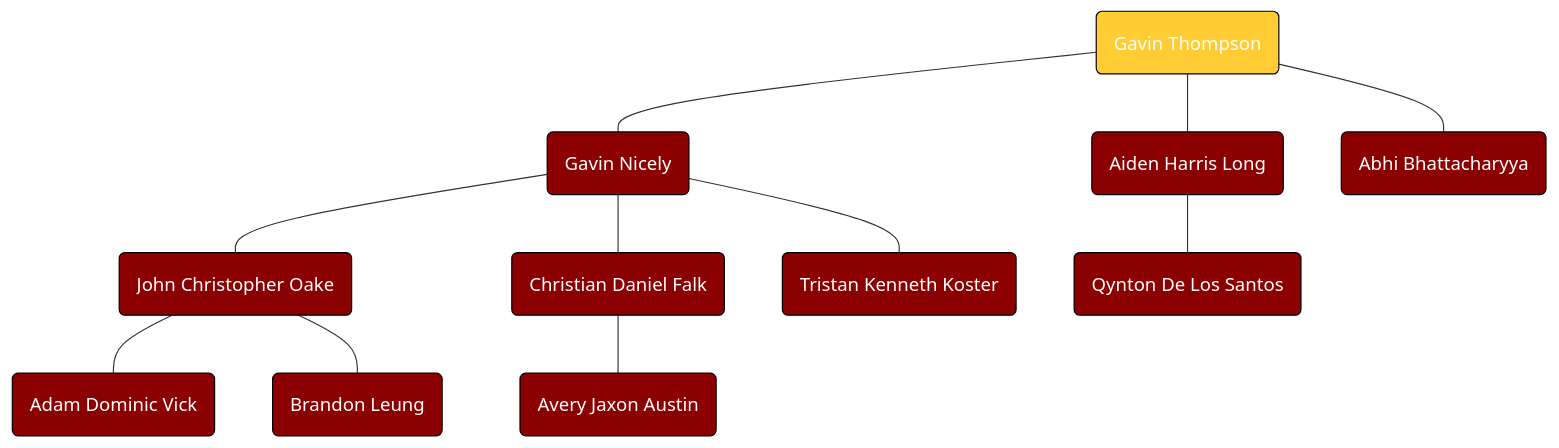
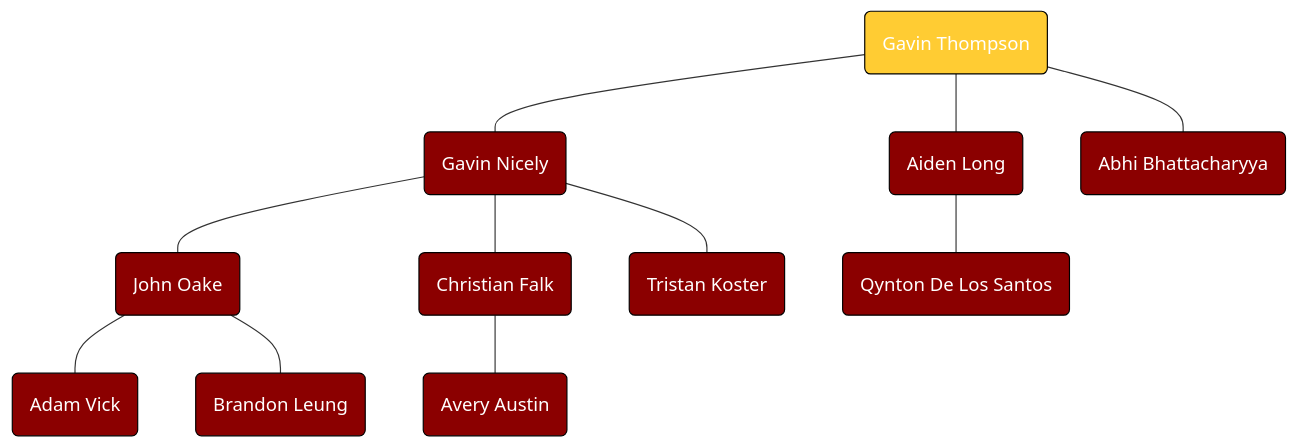
Before and after one commit to gianlezotte/familytree: the diagram in Gavin Thompson's Line.md, drawn with Mermaid. The commit also changed 19 other files, not shown here.

````diff
--- a/Gavin Thompson's Line.md
+++ b/Gavin Thompson's Line.md
@@ -1,21 +1,21 @@
 ```mermaid
 flowchart TD
 
 %% Colors %%
 
-classDef blue fill:#8B0000,stroke:#000,color:#FFF
-classDef green fill:#FFCC33,stroke:#000,color:#FFF
+classDef red fill:#8B0000,stroke:#000,color:#FFF
+classDef gold fill:#FFCC33,stroke:#000,color:#FFF
 
 %% Gavin Thompson's Line %%
-M228(Gavin Thompson):::green---M253 & M277
-M253(Gavin Nicely):::blue---M264 & M281 & M307
-M307(Tristan Kenneth Koster):::blue
-M264(John Christopher Oake):::blue---M290 & M304
-M290(Adam Dominic Vick):::blue
-M304(Brandon Leung):::blue
-M281(Christian Daniel Falk):::blue---M299
-M299(Avery Jaxon Austin):::blue
-M228---M296(Abhi Bhattacharyya):::blue
-M277(Aiden Harris Long):::blue
-M277---M303(Qynton De Los Santos):::blue
+M228(Gavin Thompson):::gold---M253 & M277
+M253(Gavin Nicely):::red---M264 & M281 & M307
+M307(Tristan Koster):::red
+M264(John Oake):::red---M290 & M304
+M290(Adam Vick):::red
+M304(Brandon Leung):::red
+M281(Christian Falk):::red---M299
+M299(Avery Austin):::red
+M228---M296(Abhi Bhattacharyya):::red
+M277(Aiden Long):::red
+M277---M303(Qynton De Los Santos):::red
 ```
````
